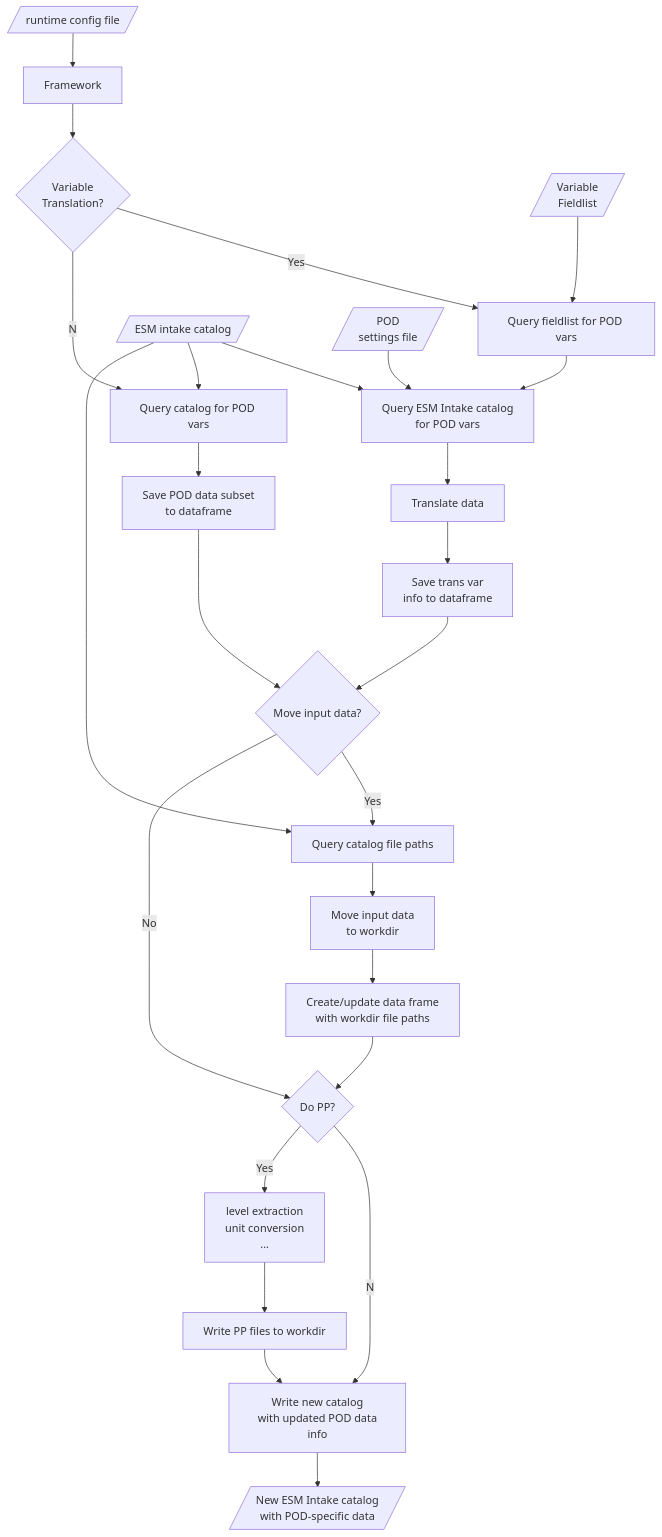
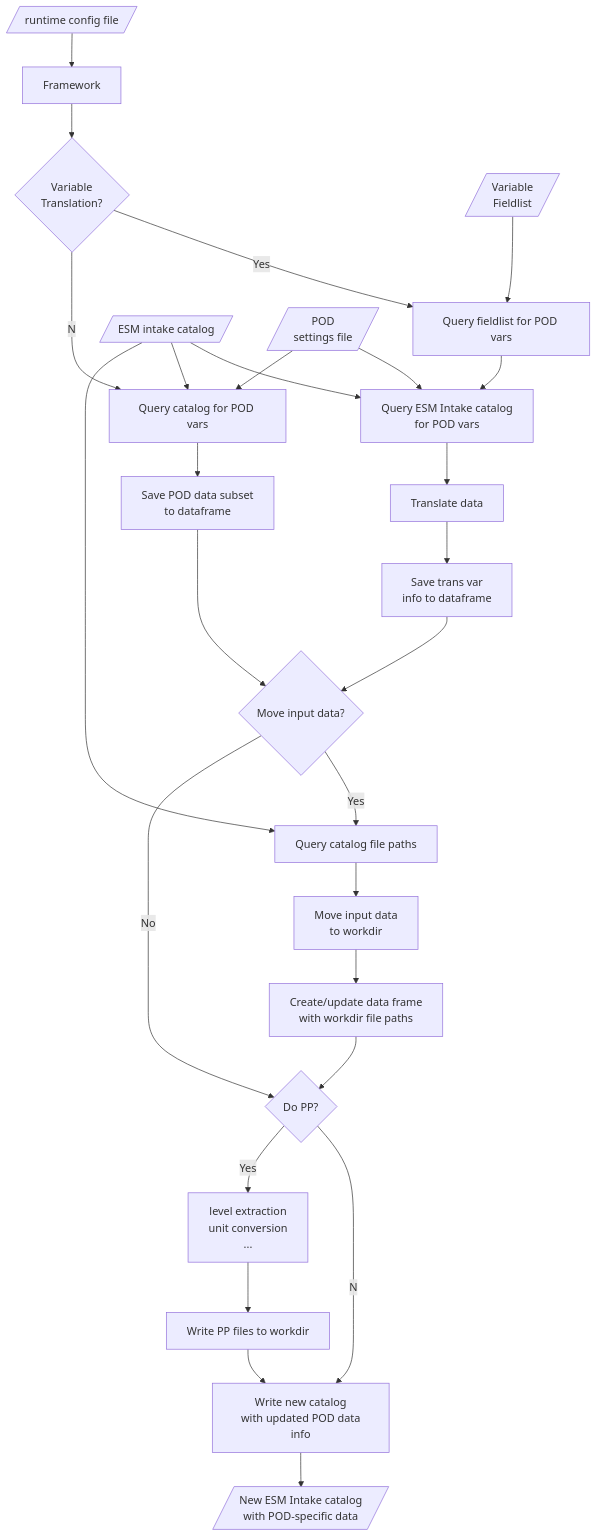
The diagram in doc/pp_flow_diagram.md (NOAA-GFDL/MDTF-diagnostics), drawn with Mermaid before and after one commit.

Commit message:
add ref to POD settings file to no var translation path

````diff
--- a/doc/pp_flow_diagram.md
+++ b/doc/pp_flow_diagram.md
@@ -1,28 +1,29 @@
 ```mermaid
   flowchart TD
     rtconfig[/runtime config file/]-->fw[framework]
     fw[Framework]-->translateyn{Variable\n Translation?}
     translateyn-- Yes -->queryfieldlist[Query fieldlist for POD vars]
     fieldlist[/Variable\n Fieldlist/]-->queryfieldlist
     queryfieldlist-->querycatvar[Query ESM Intake catalog\n for POD vars]
     cat1[/ESM intake catalog/]-->querycatvar
     podset[/POD\n settings file/]-->querycatvar
     querycatvar-->dotranslate[Translate data]
     dotranslate-->adddf[Save trans var\n info to dataframe]
     adddf-->movefilesyn{Move input data?}
     translateyn-- No-->querycatvarnot[Query catalog for POD vars]
+    podset-->querycatvarnot
     cat1-->querycatvarnot
     querycatvarnot-->adddf2[Save POD data subset\n to dataframe]
     adddf2-->movefilesyn
     movefilesyn-- Yes-->querycatfiles[Query catalog file paths]
     cat1-->querycatfiles
     querycatfiles-->movefiles[Move input data\n to workdir]
     movefiles-->moddf[Create/update data frame\n with workdir file paths]
     movefilesyn-- No -->ppyn{Do PP?}
     moddf-->ppyn
     ppyn-- No-->newcat[Write new catalog\n with updated POD data info]
     ppyn-- Yes-->dopp[level extraction\n unit conversion\n ... ]
     dopp-->writeppfiles[Write PP files to workdir]
     writeppfiles-->newcat
     newcat-->cat2[/New ESM Intake catalog\n with POD-specific data/]
 ```
````
